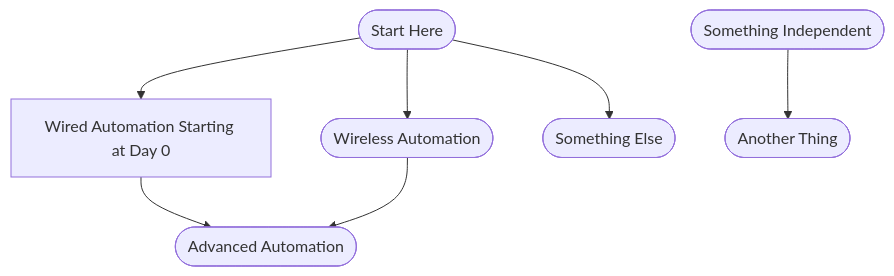
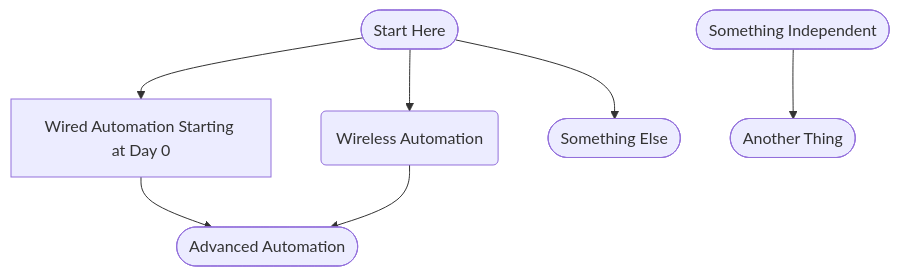
The diagram in flowdiagram.md (chanhale/toshare), drawn with Mermaid before and after one commit.

````diff
--- a/flowdiagram.md
+++ b/flowdiagram.md
@@ -3,16 +3,16 @@
 ```mermaid
 graph TD;
     box1([Start Here]);
     box2[Wired Automation Starting at Day 0];
-    box3([Wireless Automation]);
+    box3(Wireless Automation);
     box4([Something Else]);
     box5([Advanced Automation]);
     box6([Something Independent])
     box7([Another Thing])
     box1-->box2 & box3 & box4;
     box2 & box3 -->box5;
     box6-->box7;
     click box2 "https://github.com/kebaldwi/DNAC-TEMPLATES/tree/master/LABS/LAB-1-Wired-Automation" "wired";
     click box3 "https://github.com/kebaldwi/DNAC-TEMPLATES/tree/master/LABS/LAB-2-Wireless-Automation" "wireless";
     click box5 "https://github.com/kebaldwi/DNAC-TEMPLATES/tree/master/LABS/LAB-3-Advanced-Automation" "advanced";
 ```
````
